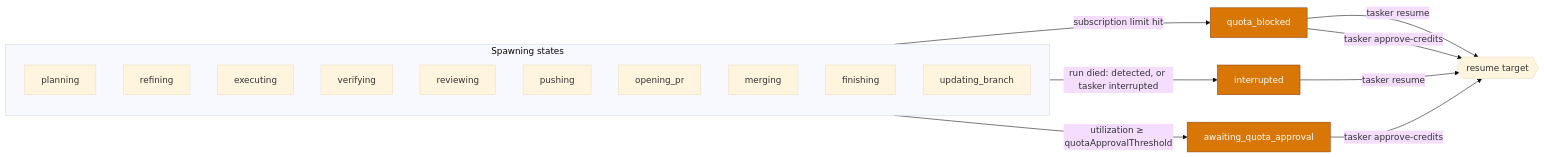
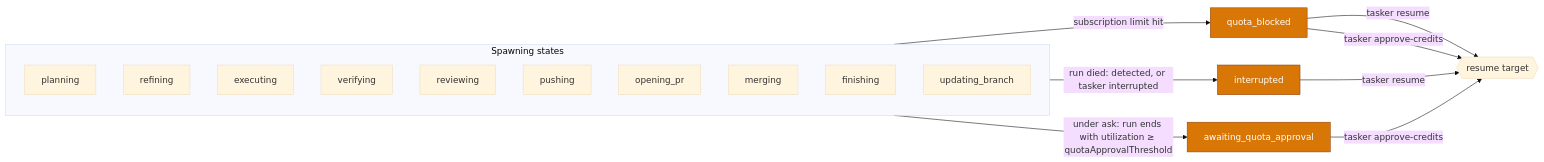
One commit to codeguru42/tasker changed the seventh of 9 diagrams in docs/statemachine.md. Above: the diagram before and after it, drawn with Mermaid (base theme). The commit also changed other lines of this file and 2 other files, not shown here.

Commit message:
docs: Describe the quota approval pause in the state machine and dev docs

````diff
--- a/docs/statemachine.md
+++ b/docs/statemachine.md
@@ -180,27 +180,27 @@
 ```mermaid
 flowchart LR
   subgraph Spawning["Spawning states"]
     PL[planning]
     RF[refining]
     E[executing]
     V[verifying]
     RV[reviewing]
     PG[pushing]
     OP[opening_pr]
     MG[merging]
     FN[finishing]
     UB[updating_branch]
   end
 
   Spawning -->|subscription limit hit| Q[quota_blocked]
-  Spawning -->|utilization ≥ quotaApprovalThreshold| QA[awaiting_quota_approval]
+  Spawning -->|under ask: run ends with utilization ≥ quotaApprovalThreshold| QA[awaiting_quota_approval]
   Spawning -->|run died: detected, or tasker interrupted| X[interrupted]
 
   Q -->|tasker resume| T{{resume target}}
   Q -->|tasker approve-credits| T
   X -->|tasker resume| T
   QA -->|tasker approve-credits| T
 
   classDef pause fill:#d97706,color:#fff,stroke:#92400e;
   class Q,QA,X pause;
 ```
````
